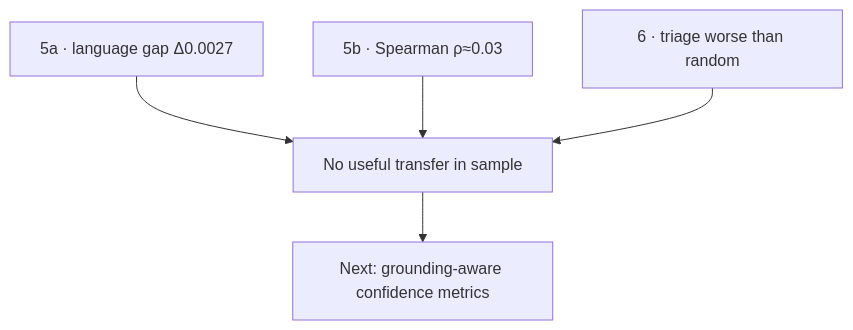
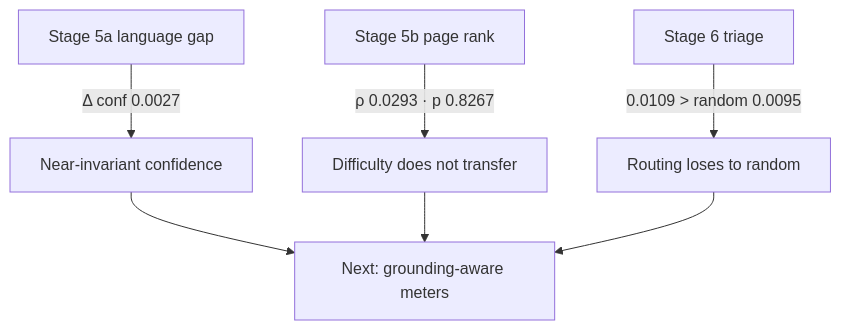
The tenth of 11 diagrams in BOOK.md (Adya6714/vlm-ocr-eval), drawn with Mermaid before and after one commit. The commit also changed other lines of this file and 4 other files, not shown here.

First line of the commit message:
Polish Production-first site with Mermaid atlases and BOOK flows.

````diff
--- a/BOOK.md
+++ b/BOOK.md
@@ -1522,7 +1486,9 @@
 ```mermaid
 flowchart TD
-  S5a[5a · language gap Δ0.0027] --> N[No useful transfer in sample]
-  S5b[5b · Spearman ρ≈0.03] --> N
-  S6[6 · triage worse than random] --> N
-  N --> NEXT[Next: grounding-aware confidence metrics]
+  A5["Stage 5a language gap"] -->|"Δ conf 0.0027"| N1["Near-invariant confidence"]
+  B5["Stage 5b page rank"] -->|"ρ 0.0293 · p 0.8267"| N2["Difficulty does not transfer"]
+  C6["Stage 6 triage"] -->|"0.0109 > random 0.0095"| N3["Routing loses to random"]
+  N1 --> ASK["Next: grounding-aware meters"]
+  N2 --> ASK
+  N3 --> ASK
 ```
````
